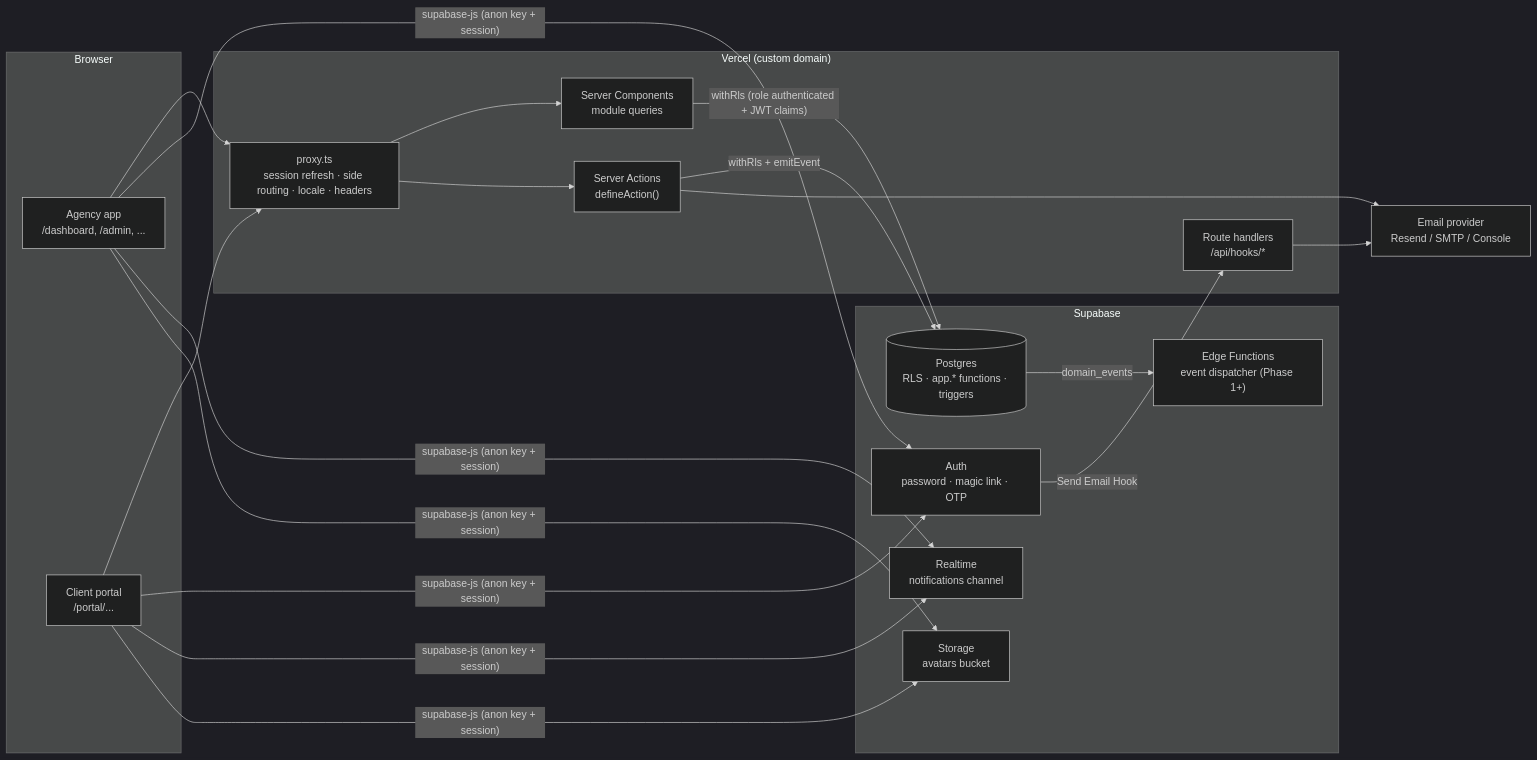
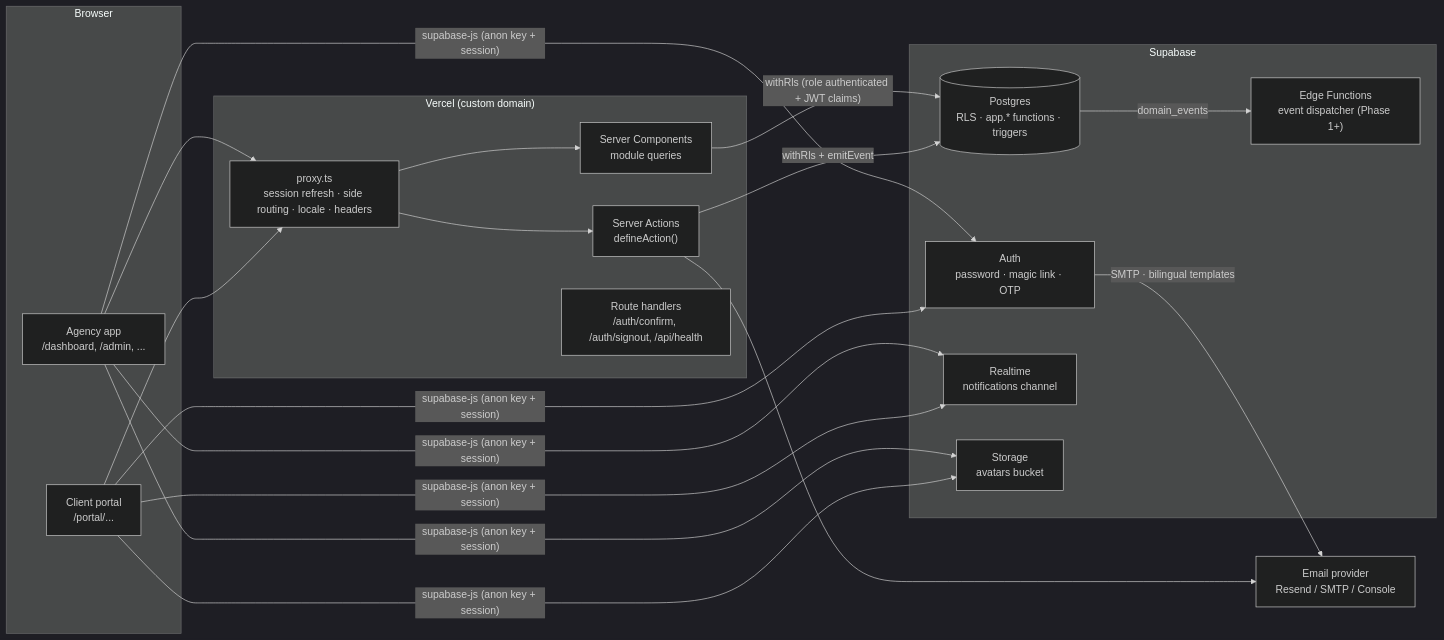
Before and after one commit to AHamido84/Central-Team: the first of 6 diagrams in docs/ARCHITECTURE.md, drawn with Mermaid (dark theme). The commit also changed other lines of this file and 158 other files, not shown here.

````diff
--- a/docs/ARCHITECTURE.md
+++ b/docs/ARCHITECTURE.md
@@ -7,32 +7,32 @@
 ```mermaid
 flowchart LR
   subgraph Browser
     A["Agency app<br/>/dashboard, /admin, ..."]
     P["Client portal<br/>/portal/..."]
   end
 
   subgraph Vercel["Vercel (custom domain)"]
     PX[proxy.ts<br/>session refresh · side routing · locale · headers]
     RSC[Server Components<br/>module queries]
     SA["Server Actions<br/>defineAction()"]
-    API["Route handlers<br/>/api/hooks/*"]
+    API["Route handlers<br/>/auth/confirm, /auth/signout, /api/health"]
   end
 
   subgraph Supabase
     AUTH[Auth<br/>password · magic link · OTP]
     PG[(Postgres<br/>RLS · app.* functions · triggers)]
     RT[Realtime<br/>notifications channel]
     ST[Storage<br/>avatars bucket]
     EF["Edge Functions<br/>event dispatcher (Phase 1+)"]
   end
 
   MAIL[Email provider<br/>Resend / SMTP / Console]
 
   A & P --> PX --> RSC & SA
   RSC -- "withRls (role authenticated + JWT claims)" --> PG
   SA -- "withRls + emitEvent" --> PG
   A & P -- "supabase-js (anon key + session)" --> AUTH & RT & ST
-  AUTH -- "Send Email Hook" --> API --> MAIL
+  AUTH -- "SMTP · bilingual templates" --> MAIL
   SA --> MAIL
   PG -- "domain_events" --> EF
 ```
````
